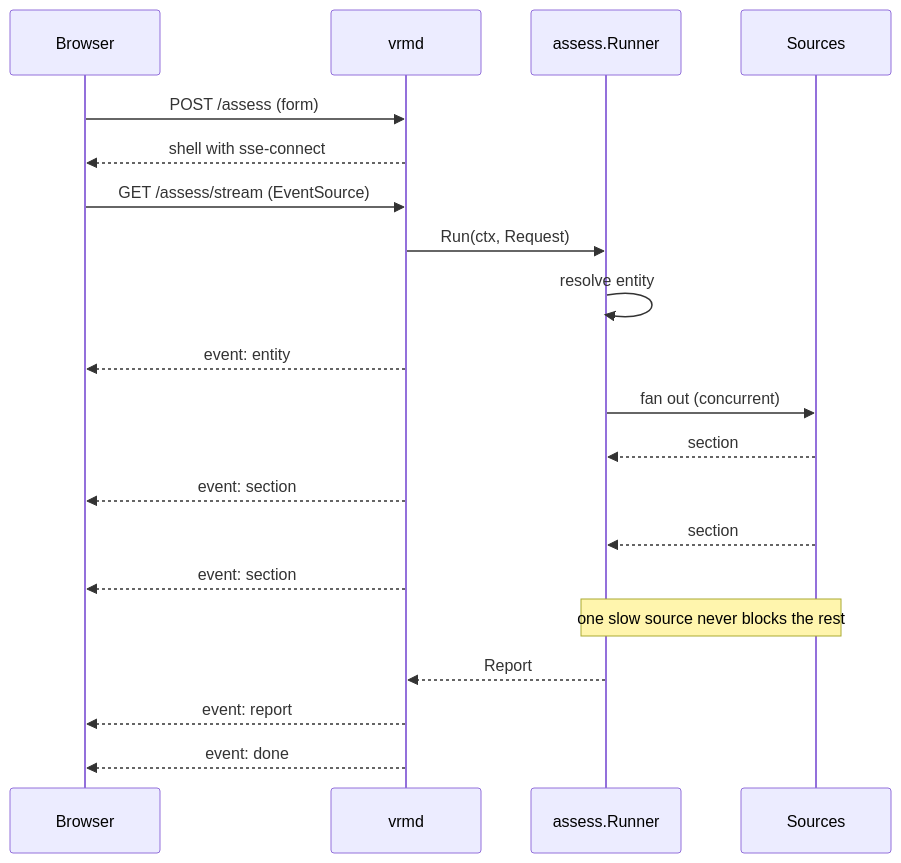
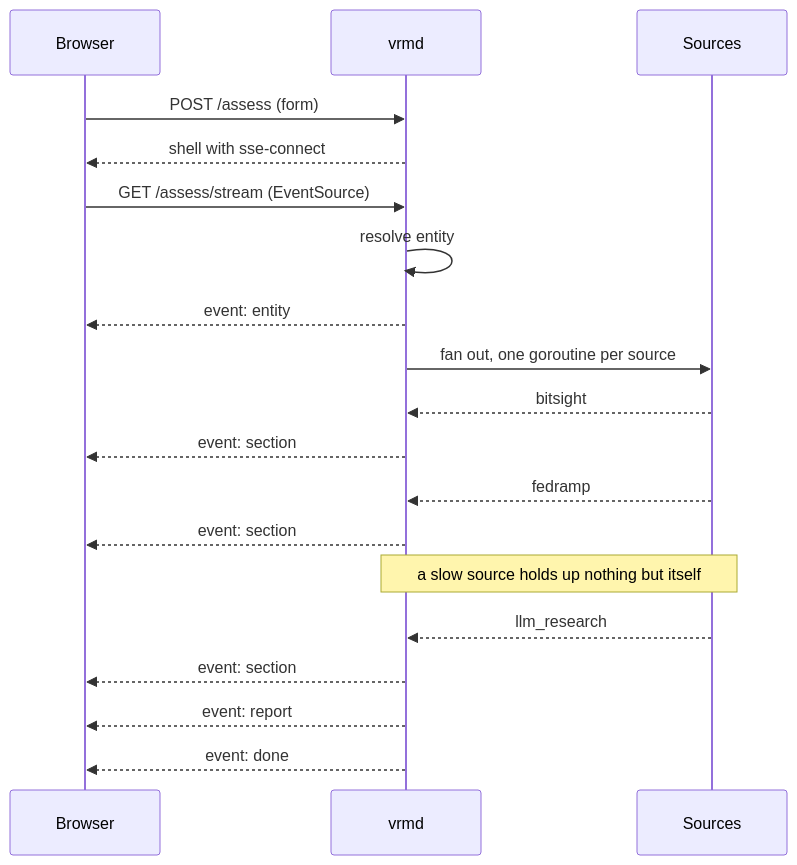
The first of 3 diagrams in README.md (aalcar/vrm), drawn with Mermaid before and after one commit. The commit also changed other lines of this file, not shown here.

Commit message:
made diagram not dog

````diff
--- a/README.md
+++ b/README.md
@@ -152,23 +154,25 @@
 ```mermaid
 sequenceDiagram
     participant B as Browser
     participant W as vrmd
-    participant R as assess.Runner
     participant S as Sources
 
     B->>W: POST /assess (form)
     W-->>B: shell with sse-connect
     B->>W: GET /assess/stream (EventSource)
-    W->>R: Run(ctx, Request)
-    R->>R: resolve entity
+
+    W->>W: resolve entity
     W-->>B: event: entity
-    R->>S: fan out (concurrent)
-    S-->>R: section
+
+    W->>S: fan out, one goroutine per source
+    S-->>W: bitsight
     W-->>B: event: section
-    S-->>R: section
+    S-->>W: fedramp
     W-->>B: event: section
-    Note over R,S: one slow source never blocks the rest
-    R-->>W: Report
+    Note over W,S: a slow source holds up nothing but itself
+    S-->>W: llm_research
+    W-->>B: event: section
+
     W-->>B: event: report
     W-->>B: event: done
 ```
````
